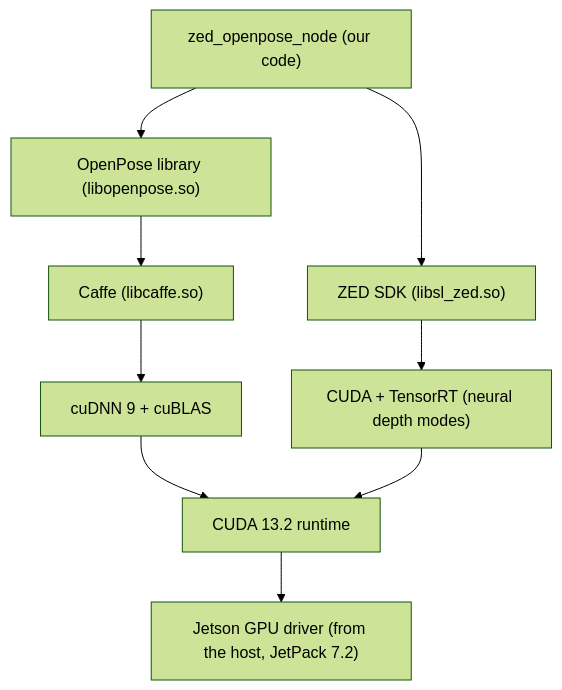
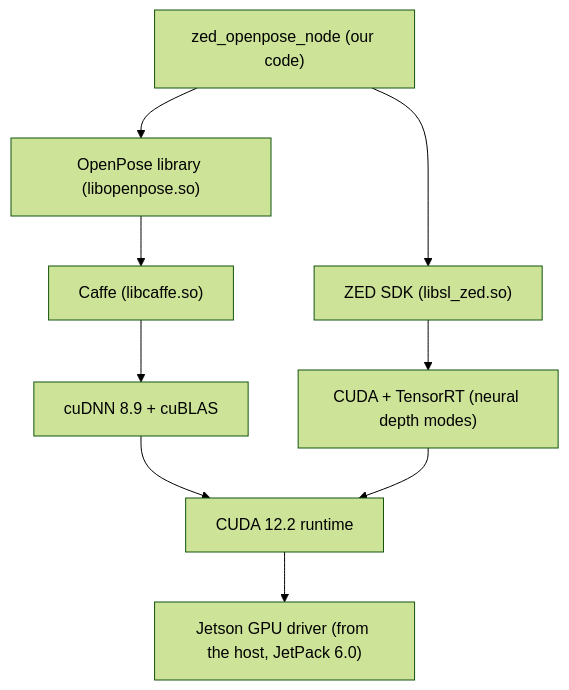
Before and after one commit to BILLEE-BroncoSTAR/billee-software-2027: the third of 4 diagrams in docs/ZED_OpenPose_Implementation.md, drawn with Mermaid (forest theme). The commit also changed other lines of this file and 7 other files, not shown here.

First line of the commit message:
build(l4t): back to JetPack 6.0 (L4T r36.3), as on the Prerelease tag

````diff
--- a/docs/ZED_OpenPose_Implementation.md
+++ b/docs/ZED_OpenPose_Implementation.md
@@ -171,12 +171,12 @@
 ```mermaid
 flowchart TB
     N["zed_openpose_node (our code)"]
     N --> OP["OpenPose library (libopenpose.so)"]
     N --> SL["ZED SDK (libsl_zed.so)"]
     OP --> CF["Caffe (libcaffe.so)"]
-    CF --> DNN["cuDNN 9 + cuBLAS"]
+    CF --> DNN["cuDNN 8.9 + cuBLAS"]
     SL --> TRT["CUDA + TensorRT (neural depth modes)"]
-    DNN --> CU["CUDA 13.2 runtime"]
+    DNN --> CU["CUDA 12.2 runtime"]
     TRT --> CU
-    CU --> DRV["Jetson GPU driver (from the host, JetPack 7.2)"]
+    CU --> DRV["Jetson GPU driver (from the host, JetPack 6.0)"]
 ```
````
